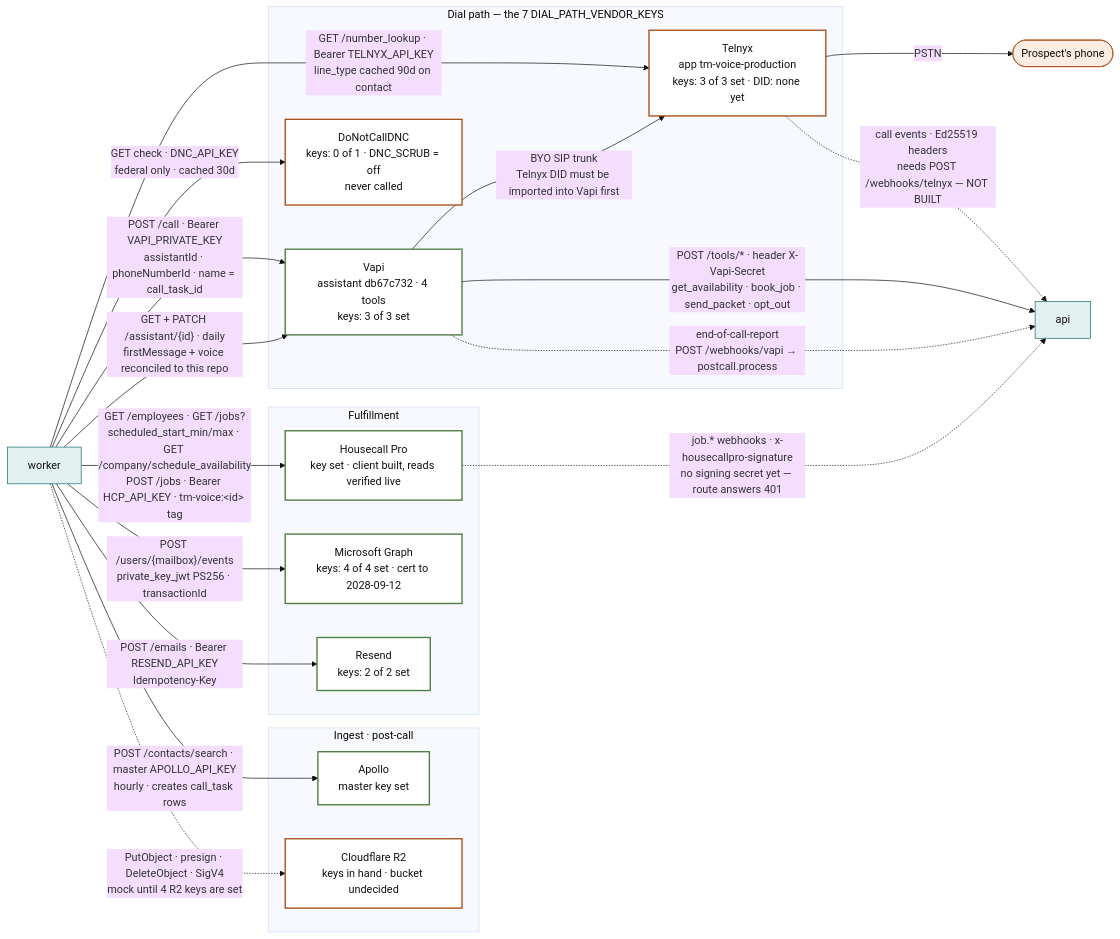
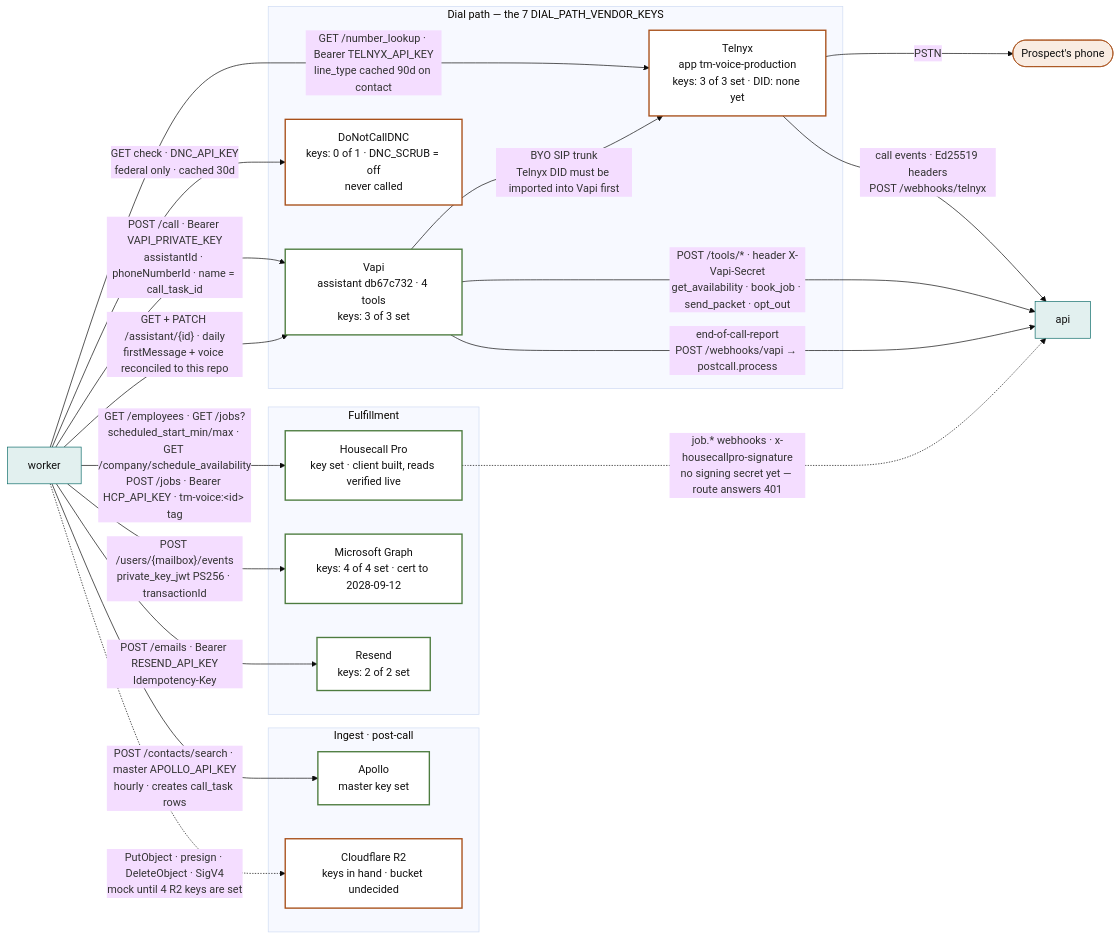
Before and after one commit to MAKaminski/tm-voice: the second of 7 diagrams in docs/ARCHITECTURE.md, drawn with Mermaid (base theme). The commit also changed other lines of this file and 7 other files, not shown here.

````diff
--- a/docs/ARCHITECTURE.md
+++ b/docs/ARCHITECTURE.md
@@ -73,46 +73,46 @@
 ```mermaid
 flowchart LR
   classDef svc fill:#e2f0ef,stroke:#0e6d6a,color:#111
   classDef real fill:#fff,stroke:#4d7c3f,stroke-width:2px,color:#111
   classDef partial fill:#fff,stroke:#a8501a,stroke-width:2px,color:#111
   classDef gap fill:#fff,stroke:#a8501a,stroke-dasharray:5 3,color:#a8501a
   classDef human fill:#f9ece2,stroke:#a8501a,color:#111
 
   worker["worker"]:::svc
   api["api"]:::svc
   prospect(["Prospect's phone"]):::human
 
   subgraph dialpath["Dial path — the 7 DIAL_PATH_VENDOR_KEYS"]
     vapi["Vapi<br/>assistant db67c732 · 4 tools<br/>keys: 3 of 3 set"]:::real
     telnyx["Telnyx<br/>app tm-voice-production<br/>keys: 3 of 3 set · DID: none yet"]:::partial
     dnc["DoNotCallDNC<br/>keys: 0 of 1 · DNC_SCRUB = off<br/>never called"]:::partial
   end
 
   subgraph fulfil["Fulfillment"]
     hcp["Housecall Pro<br/>key set · client built, reads verified live"]:::real
     msgraph["Microsoft Graph<br/>keys: 4 of 4 set · cert to 2028-09-12"]:::real
     resend["Resend<br/>keys: 2 of 2 set"]:::real
   end
 
   subgraph other["Ingest · post-call"]
     apollo["Apollo<br/>master key set"]:::real
     r2["Cloudflare R2<br/>keys in hand · bucket undecided"]:::partial
   end
 
   worker -->|"GET /number_lookup · Bearer TELNYX_API_KEY<br/>line_type cached 90d on contact"| telnyx
   worker -->|"GET check · DNC_API_KEY<br/>federal only · cached 30d"| dnc
   worker -->|"POST /call · Bearer VAPI_PRIVATE_KEY<br/>assistantId · phoneNumberId · name = call_task_id"| vapi
   worker -->|"GET + PATCH /assistant/{id} · daily<br/>firstMessage + voice reconciled to this repo"| vapi
   vapi -->|"BYO SIP trunk<br/>Telnyx DID must be imported into Vapi first"| telnyx
   telnyx -->|"PSTN"| prospect
   vapi -->|"POST /tools/* · header X-Vapi-Secret<br/>get_availability · book_job · send_packet · opt_out"| api
-  vapi -.->|"end-of-call-report<br/>POST /webhooks/vapi → postcall.process"| api
-  telnyx -.->|"call events · Ed25519 headers<br/>needs POST /webhooks/telnyx — NOT BUILT"| api
+  vapi -->|"end-of-call-report<br/>POST /webhooks/vapi → postcall.process"| api
+  telnyx -->|"call events · Ed25519 headers<br/>POST /webhooks/telnyx"| api
 
   worker -->|"GET /employees · GET /jobs?scheduled_start_min/max · GET /company/schedule_availability<br/>POST /jobs · Bearer HCP_API_KEY · tm-voice:&lt;id&gt; tag"| hcp
   hcp -.->|"job.* webhooks · x-housecallpro-signature<br/>no signing secret yet — route answers 401"| api
   worker -->|"POST /users/{mailbox}/events<br/>private_key_jwt PS256 · transactionId"| msgraph
   worker -->|"POST /emails · Bearer RESEND_API_KEY<br/>Idempotency-Key"| resend
   worker -->|"POST /contacts/search · master APOLLO_API_KEY<br/>hourly · creates call_task rows"| apollo
   worker -.->|"PutObject · presign · DeleteObject · SigV4<br/>mock until 4 R2 keys are set"| r2
 ```
````
